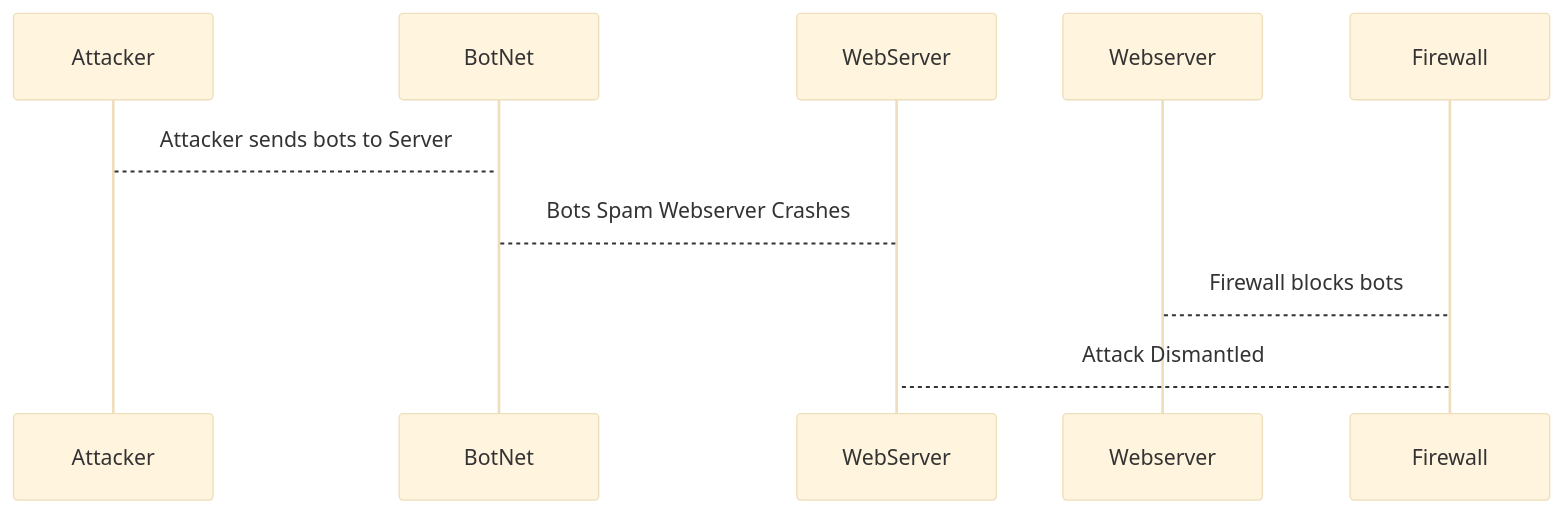
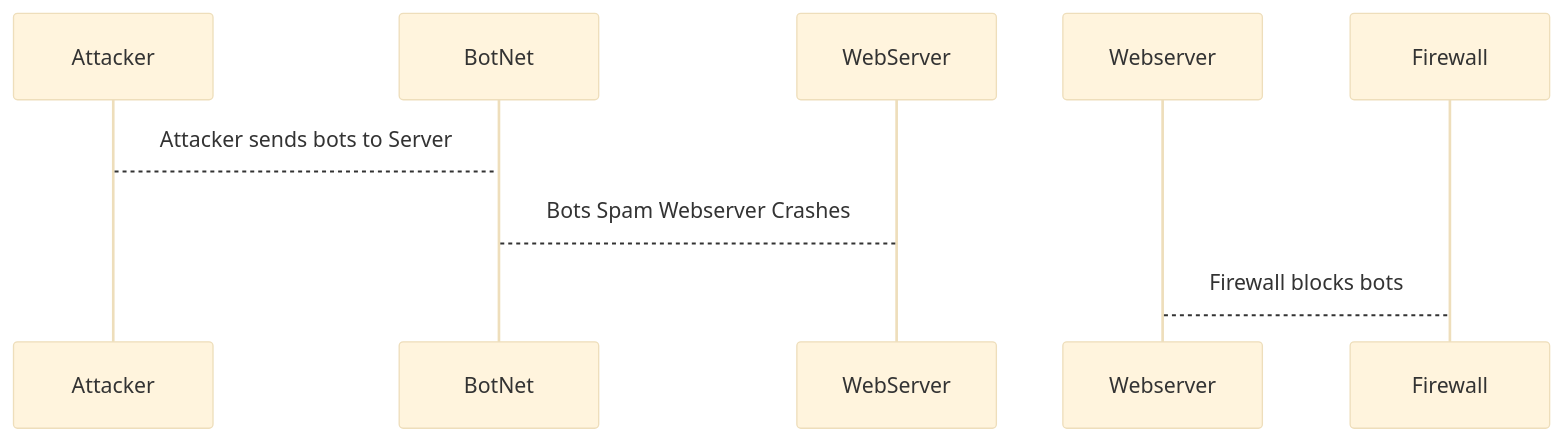
Before and after one commit to jesher123/DDoS_Attack_Sequence.md.: the diagram in README.md, drawn with Mermaid (base theme).

````diff
--- a/README.md
+++ b/README.md
@@ -1,7 +1,6 @@
 ```mermaid
 sequenceDiagram
 Attacker-->BotNet: Attacker sends bots to Server
 BotNet-->WebServer: Bots Spam Webserver Crashes
 Webserver-->Firewall: Firewall blocks bots
-Firewall-->WebServer: Attack Dismantled
 ```
````
